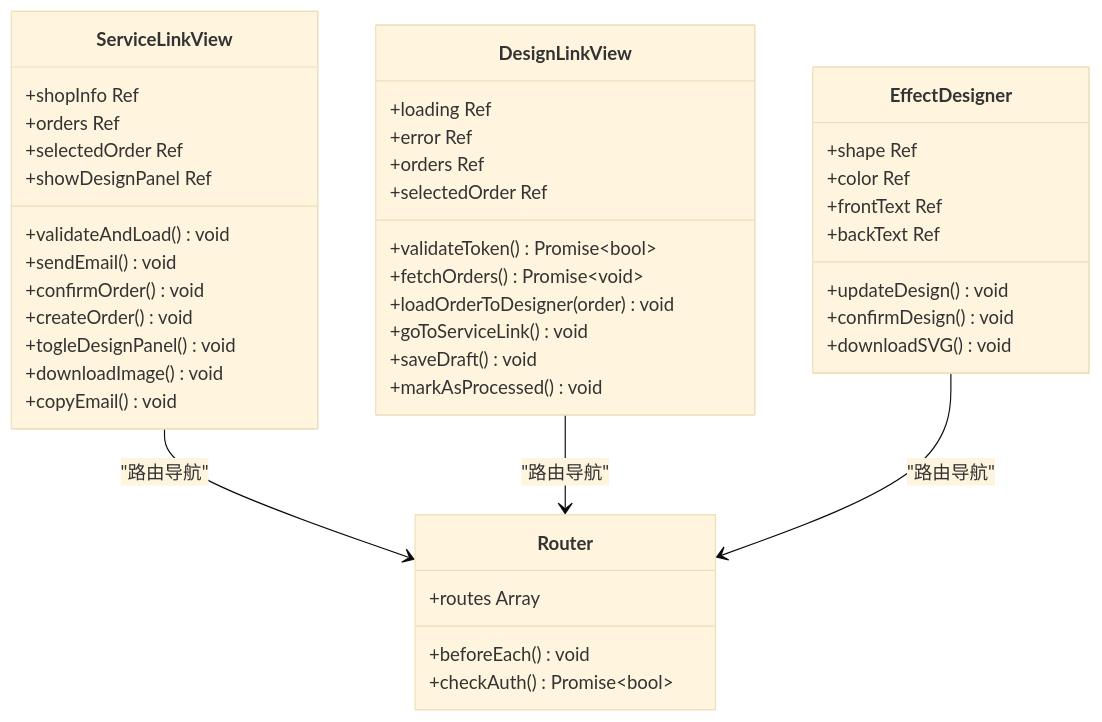
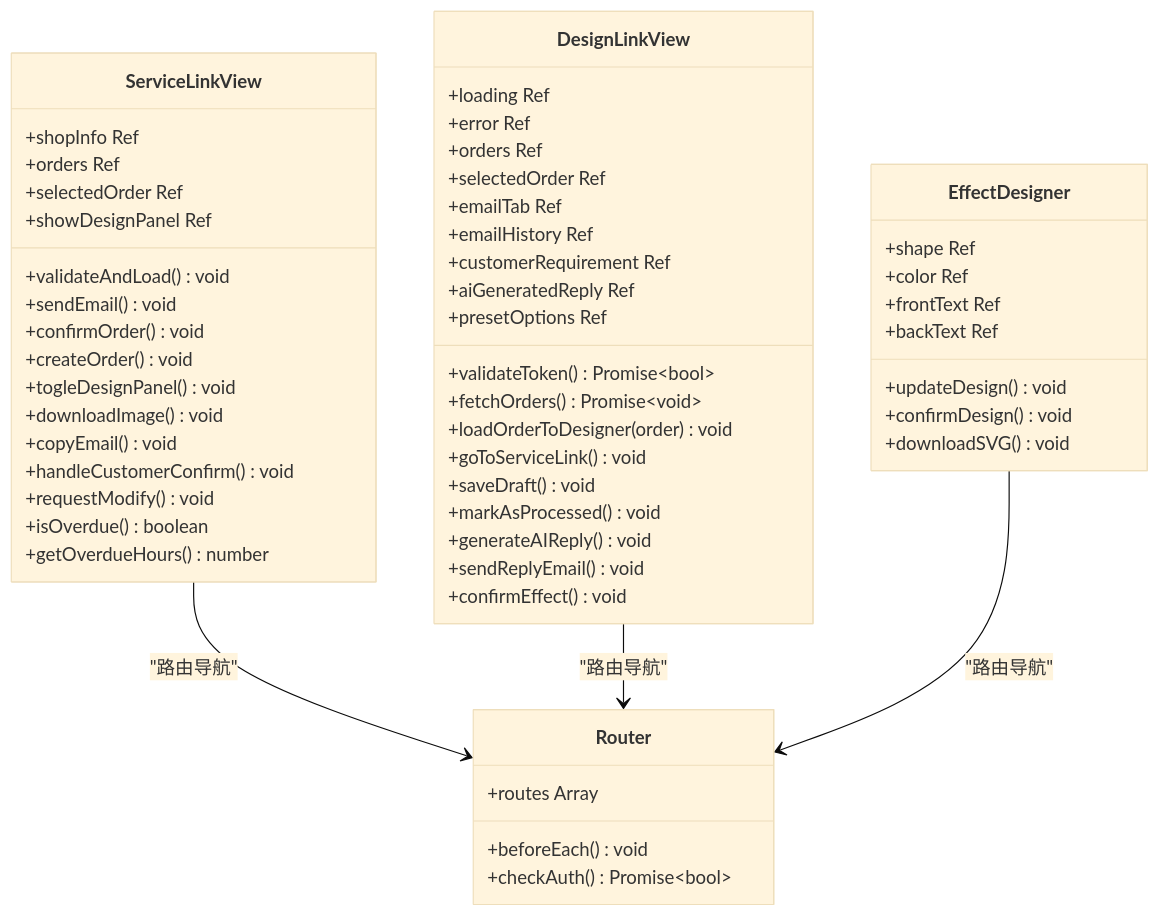
One commit to SY6621/POD-Order-Management changed the third of 14 diagrams in .qoder/repowiki/zh/content/开发指南/客服外链双链接系统.md. Above: the diagram before and after it, drawn with Mermaid (base theme). The commit also changed other lines of this file and 8 other files, not shown here.

````diff
--- a/.qoder/repowiki/zh/content/开发指南/客服外链双链接系统.md
+++ b/.qoder/repowiki/zh/content/开发指南/客服外链双链接系统.md
@@ -181,45 +200,57 @@
 ```mermaid
 classDiagram
 class ServiceLinkView {
 +shopInfo Ref
 +orders Ref
 +selectedOrder Ref
 +validateAndLoad() void
 +sendEmail() void
 +confirmOrder() void
 +createOrder() void
 +showDesignPanel Ref
 +togleDesignPanel() void
 +downloadImage() void
 +copyEmail() void
++handleCustomerConfirm() void
++requestModify() void
++isOverdue() boolean
++getOverdueHours() number
 }
 class DesignLinkView {
 +loading Ref
 +error Ref
 +orders Ref
 +selectedOrder Ref
 +validateToken() Promise~bool~
 +fetchOrders() Promise~void~
 +loadOrderToDesigner(order) void
 +goToServiceLink() void
 +saveDraft() void
 +markAsProcessed() void
++emailTab Ref
++emailHistory Ref
++customerRequirement Ref
++aiGeneratedReply Ref
++presetOptions Ref
++generateAIReply() void
++sendReplyEmail() void
++confirmEffect() void
 }
 class EffectDesigner {
 +shape Ref
 +color Ref
 +frontText Ref
 +backText Ref
 +updateDesign() void
 +confirmDesign() void
 +downloadSVG() void
 }
 class Router {
 +routes Array
 +beforeEach() void
 +checkAuth() Promise~bool~
 }
 ServiceLinkView --> Router : "路由导航"
 DesignLinkView --> Router : "路由导航"
 EffectDesigner --> Router : "路由导航"
 ```
````
